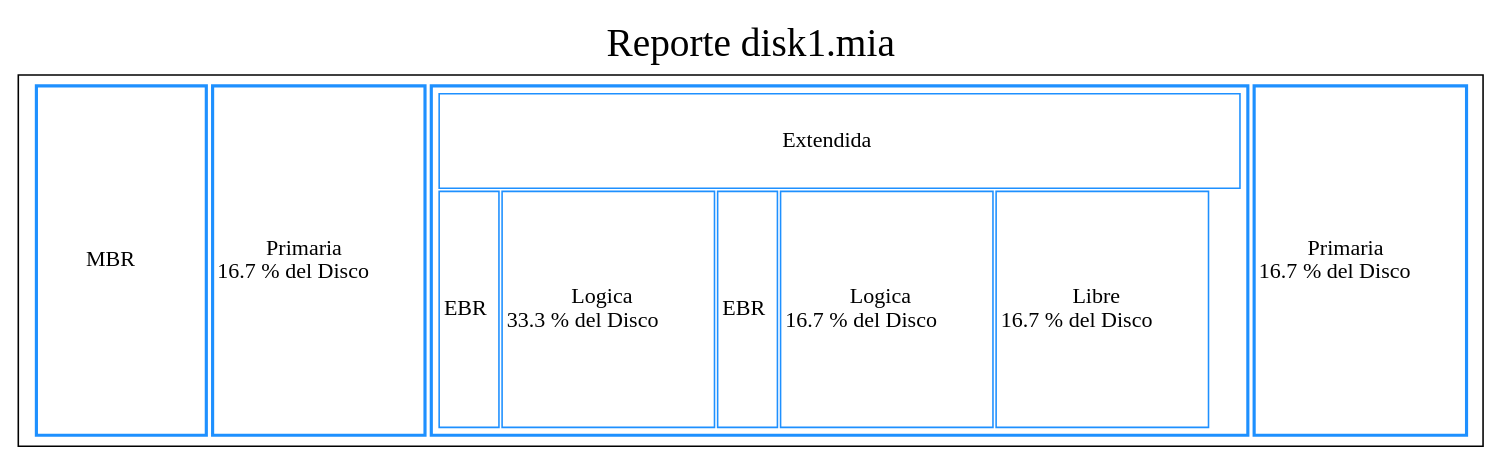
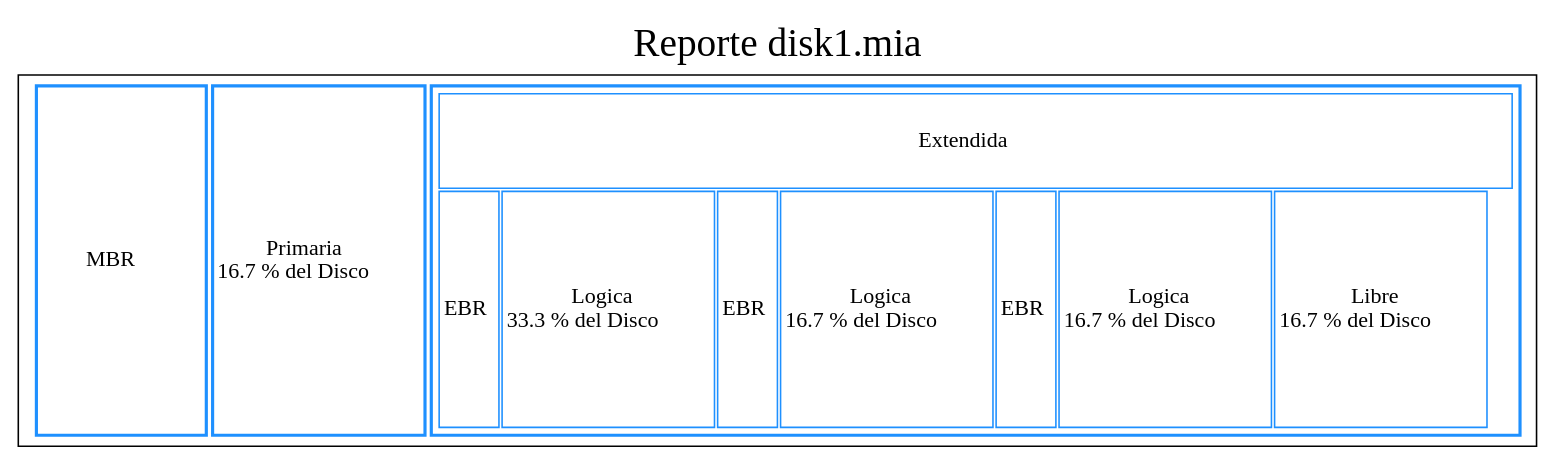
The diagram in Backend/reporte.dot (KINGR0X/MIA_2S_P1_202044192), drawn with Graphviz before and after one commit. The commit also changed 1 other file, not shown here.

```diff
--- a/Backend/reporte.dot
+++ b/Backend/reporte.dot
@@ -1,29 +1,30 @@
 digraph G{
 
 label= "Reporte disk1.mia"
 labelloc="t"
 fontsize=25  tbl [
     shape=box
     label=<
      <table border='0' cellborder='2' width='600' height='150' color='dodgerblue1'>
      <tr>
      <td height='150' width='110'> MBR </td>
      <td height='200' width='83.3'>Primaria <br/> 16.7 % del Disco </td>
-     <td  height='200' width='66.7'>
-     <table border='0'  height='200' WIDTH='66.7' cellborder='1'>
+     <td  height='200' width='83.3'>
+     <table border='0'  height='200' WIDTH='83.3' cellborder='1'>
      <tr>  <td height='60' colspan='15'>Extendida</td>  </tr>
      <tr>
      <td height='140'>EBR</td>
      <td height='140'>Logica<br/> 33.3 % del Disco </td>
      <td height='140'>EBR</td>
      <td height='140'>Logica<br/> 16.7 % del Disco </td>
+     <td height='140'>EBR</td>
+     <td height='140'>Logica<br/> 16.7 % del Disco </td>
      <td height='150'>Libre<br/> 16.7 % del Disco </td>
      </tr>
      </table>
      </td>
-     <td height='200' width='83.3'>Primaria <br/> 16.7 % del Disco </td>
      </tr> 
      </table>        
 >];
 
 }
```
